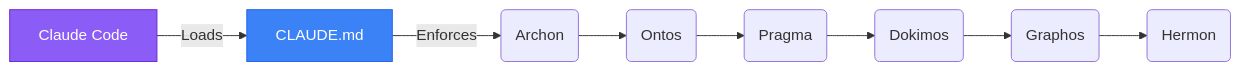
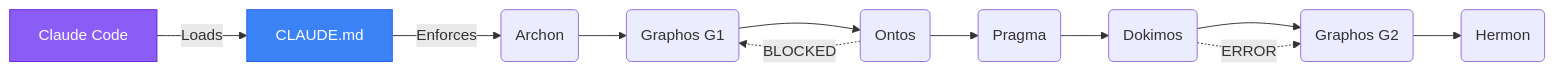
Before and after one commit to ancrz/pipeline-agentic: the diagram in claude/README.md, drawn with Mermaid. The commit also changed 19 other files, not shown here.

First line of the commit message:
fix(pipeline): inject Graphos-aware Position in Pipeline diagrams across ALL agents and harnesses

````diff
--- a/claude/README.md
+++ b/claude/README.md
@@ -9,13 +9,16 @@
 ```mermaid
 flowchart LR
     C[Claude Code] -->|Loads| M[CLAUDE.md]
     M -->|Enforces| A(Archon)
-    A --> O(Ontos)
+    A --> G1(Graphos G1)
+    G1 --> O(Ontos)
     O --> P(Pragma)
     P --> D(Dokimos)
-    D --> G(Graphos)
-    G --> H(Hermon)
+    D --> G2(Graphos G2)
+    G2 --> H(Hermon)
+    O -.BLOCKED.-> G1
+    D -.ERROR.-> G2
     
     style C fill:#8B5CF6,stroke:#6D28D9,color:#fff
     style M fill:#3B82F6,stroke:#2563EB,color:#fff
 ```
````
